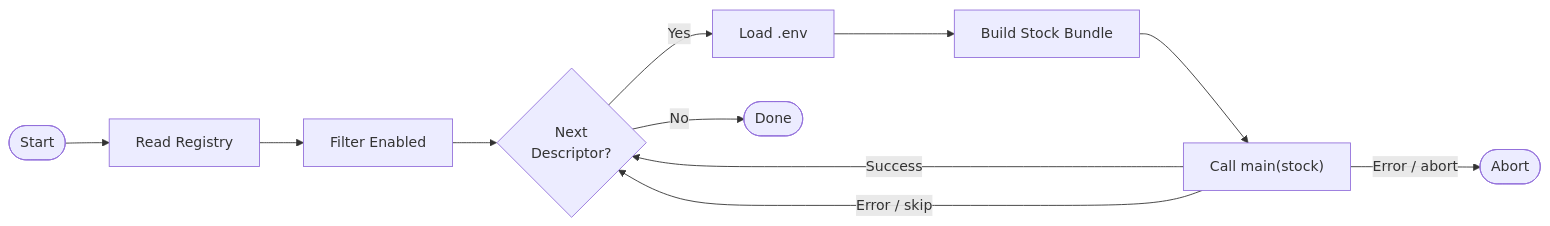
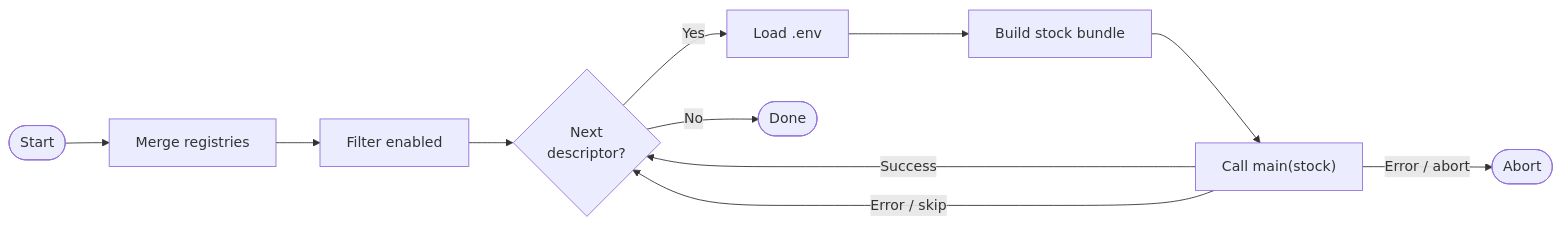
Before and after one commit to ciacob/mantle: the second of 2 diagrams in README.md, drawn with Mermaid. The commit also changed other lines of this file and 6 other files, not shown here.

````diff
--- a/README.md
+++ b/README.md
@@ -161,13 +199,13 @@
 ```mermaid
 flowchart LR
-    Start([Start]) --> ReadRegistry[Read Registry]
-    ReadRegistry --> FilterEnabled[Filter Enabled]
-    FilterEnabled --> NextDescriptor{Next\nDescriptor?}
+    Start([Start]) --> ReadRegistry[Merge registries]
+    ReadRegistry --> FilterEnabled[Filter enabled]
+    FilterEnabled --> NextDescriptor{Next\ndescriptor?}
     NextDescriptor -- Yes --> LoadEnv[Load .env]
-    LoadEnv --> BuildStock[Build Stock Bundle]
+    LoadEnv --> BuildStock[Build stock bundle]
     BuildStock --> RunMain["Call main(stock)"]
     RunMain -- Success --> NextDescriptor
     RunMain -- Error / skip --> NextDescriptor
     RunMain -- Error / abort --> Abort([Abort])
     NextDescriptor -- No --> Done([Done])
 ```
````
